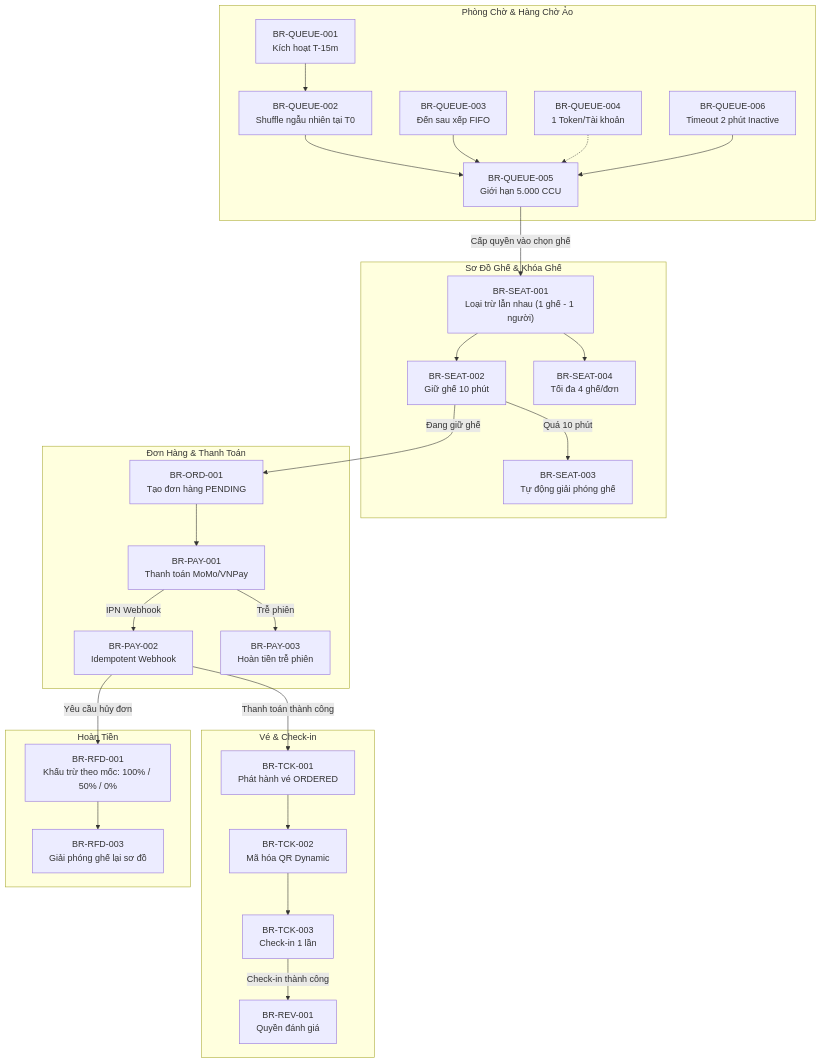
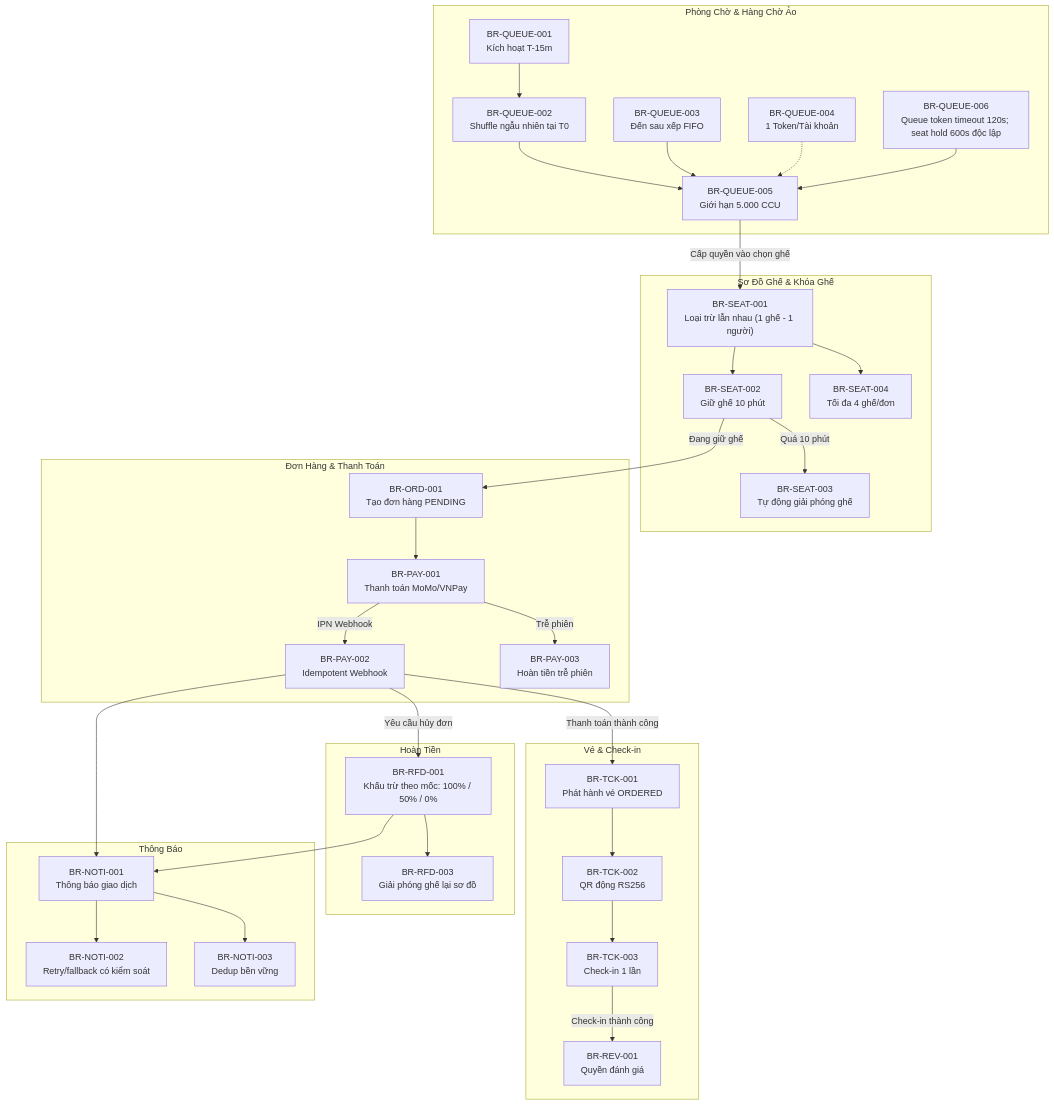
The diagram in business-analysis/01_Business_Overview/03_Business_Rules_Catalog_(Business_Rules).md (toanteng11/concert-ticketing-docs), drawn with Mermaid before and after one commit. The commit also changed other lines of this file and 57 other files, not shown here.

````diff
--- a/business-analysis/01_Business_Overview/03_Business_Rules_Catalog_(Business_Rules).md
+++ b/business-analysis/01_Business_Overview/03_Business_Rules_Catalog_(Business_Rules).md
@@ -365,36 +369,43 @@
 ```mermaid
 graph TD
     subgraph S1["Phòng Chờ & Hàng Chờ Ảo"]
         R_Q1["BR-QUEUE-001<br/>Kích hoạt T-15m"] --> R_Q2["BR-QUEUE-002<br/>Shuffle ngẫu nhiên tại T0"]
         R_Q2 --> R_Q5["BR-QUEUE-005<br/>Giới hạn 5.000 CCU"]
         R_Q3["BR-QUEUE-003<br/>Đến sau xếp FIFO"] --> R_Q5
         R_Q4["BR-QUEUE-004<br/>1 Token/Tài khoản"] -.-> R_Q5
-        R_Q6["BR-QUEUE-006<br/>Timeout 2 phút Inactive"] --> R_Q5
+        R_Q6["BR-QUEUE-006<br/>Queue token timeout 120s; seat hold 600s độc lập"] --> R_Q5
     end
 
     subgraph S2["Sơ Đồ Ghế & Khóa Ghế"]
         R_Q5 -->|Cấp quyền vào chọn ghế| R_S1["BR-SEAT-001<br/>Loại trừ lẫn nhau (1 ghế - 1 người)"]
         R_S1 --> R_S2["BR-SEAT-002<br/>Giữ ghế 10 phút"]
         R_S2 -->|Quá 10 phút| R_S3["BR-SEAT-003<br/>Tự động giải phóng ghế"]
         R_S1 --> R_S4["BR-SEAT-004<br/>Tối đa 4 ghế/đơn"]
     end
 
     subgraph S3["Đơn Hàng & Thanh Toán"]
         R_S2 -->|Đang giữ ghế| R_O1["BR-ORD-001<br/>Tạo đơn hàng PENDING"]
         R_O1 --> R_P1["BR-PAY-001<br/>Thanh toán MoMo/VNPay"]
         R_P1 -->|IPN Webhook| R_P2["BR-PAY-002<br/>Idempotent Webhook"]
         R_P1 -->|Trễ phiên| R_P3["BR-PAY-003<br/>Hoàn tiền trễ phiên"]
     end
 
     subgraph S4["Vé & Check-in"]
         R_P2 -->|Thanh toán thành công| R_T1["BR-TCK-001<br/>Phát hành vé ORDERED"]
-        R_T1 --> R_T2["BR-TCK-002<br/>Mã hóa QR Dynamic"]
+        R_T1 --> R_T2["BR-TCK-002<br/>QR động RS256"]
         R_T2 --> R_T3["BR-TCK-003<br/>Check-in 1 lần"]
         R_T3 -->|Check-in thành công| R_RV1["BR-REV-001<br/>Quyền đánh giá"]
     end
 
     subgraph S5["Hoàn Tiền"]
         R_P2 -->|Yêu cầu hủy đơn| R_RF1["BR-RFD-001<br/>Khấu trừ theo mốc: 100% / 50% / 0%"]
         R_RF1 --> R_RF3["BR-RFD-003<br/>Giải phóng ghế lại sơ đồ"]
     end
+
+    subgraph S6["Thông Báo"]
+        R_P2 --> N1["BR-NOTI-001<br/>Thông báo giao dịch"]
+        R_RF1 --> N1
+        N1 --> N2["BR-NOTI-002<br/>Retry/fallback có kiểm soát"]
+        N1 --> N3["BR-NOTI-003<br/>Dedup bền vững"]
+    end
 ```
````
